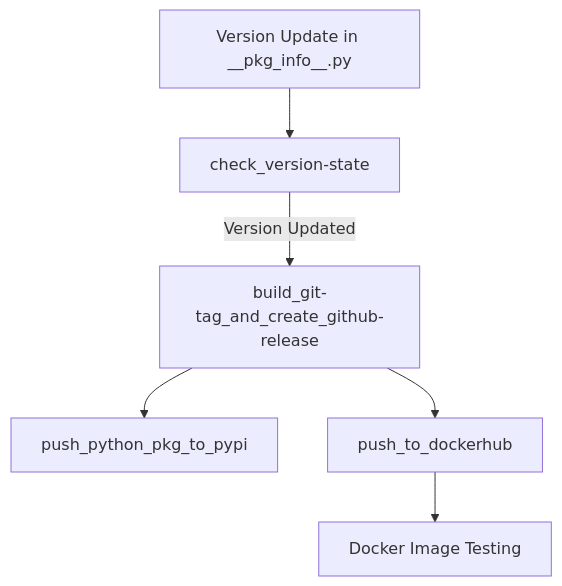
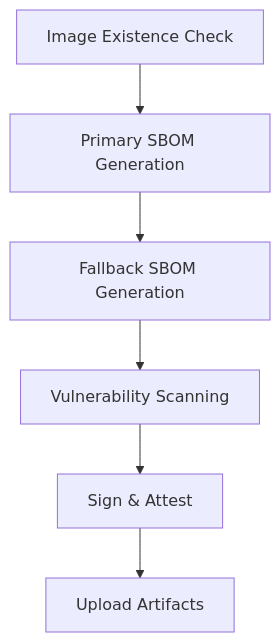
The sixth of 6 diagrams in docs/contents/development/ci-cd.mdx (Chisanan232/clickup-mcp-server), drawn with Mermaid before and after one commit. The commit also changed other lines of this file, not shown here.

Commit message:
✏️ Update the document content about release deployment process in CI workflows.

````diff
--- a/docs/contents/development/ci-cd.mdx
+++ b/docs/contents/development/ci-cd.mdx
@@ -90,8 +303,8 @@
 ```mermaid
 graph TD
-    A[Version Update in __pkg_info__.py] --> B[check_version-state]
-    B -->|Version Updated| C[build_git-tag_and_create_github-release]
-    C --> D[push_python_pkg_to_pypi]
-    C --> E[push_to_dockerhub]
-    E --> F[Docker Image Testing]
+    A[Image Existence Check] --> B[Primary SBOM Generation]
+    B --> C[Fallback SBOM Generation]
+    C --> D[Vulnerability Scanning]
+    D --> E[Sign & Attest]
+    E --> F[Upload Artifacts]
 ```
````
